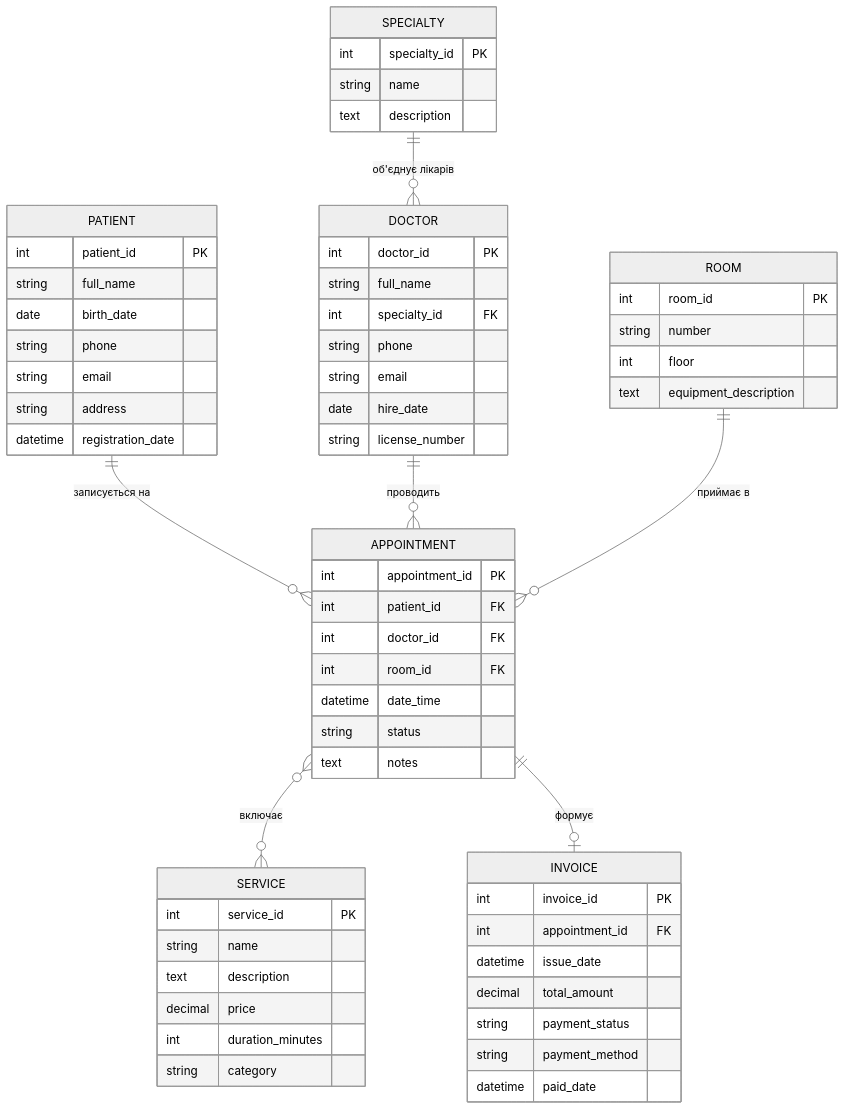
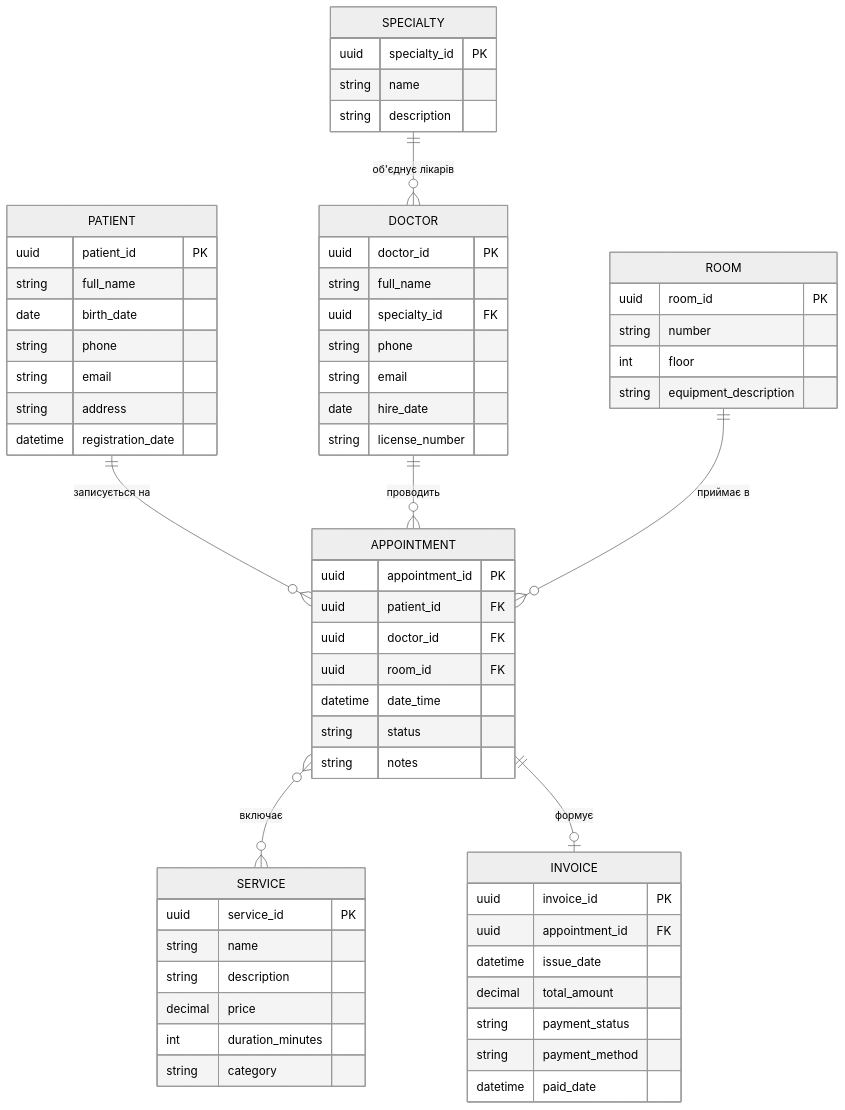
One commit to dvsqwx/KPI changed the diagram in er-diagram.mmd. Above: the diagram before and after it, drawn with Mermaid (neutral theme).

Commit message:
Update ER diagram to use UUIDs for identifiers
Changed primary keys and foreign keys from int to uuid for better uniqueness and scalability.

```diff
--- a/er-diagram.mmd
+++ b/er-diagram.mmd
@@ -1,69 +1,69 @@
 erDiagram
     PATIENT {
-        int patient_id PK
+        uuid patient_id PK
         string full_name
         date birth_date
         string phone
         string email
         string address
         datetime registration_date
     }
 
     DOCTOR {
-        int doctor_id PK
+        uuid doctor_id PK
         string full_name
-        int specialty_id FK
+        uuid specialty_id FK
         string phone
         string email
         date hire_date
         string license_number
     }
 
     SPECIALTY {
-        int specialty_id PK
+        uuid specialty_id PK
         string name
-        text description
+        string description
     }
 
     ROOM {
-        int room_id PK
+        uuid room_id PK
         string number
         int floor
-        text equipment_description
+        string equipment_description
     }
 
     SERVICE {
-        int service_id PK
+        uuid service_id PK
         string name
-        text description
+        string description
         decimal price
         int duration_minutes
         string category
     }
 
     APPOINTMENT {
-        int appointment_id PK
-        int patient_id FK
-        int doctor_id FK
-        int room_id FK
+        uuid appointment_id PK
+        uuid patient_id FK
+        uuid doctor_id FK
+        uuid room_id FK
         datetime date_time
         string status
-        text notes
+        string notes
     }
 
     INVOICE {
-        int invoice_id PK
-        int appointment_id FK
+        uuid invoice_id PK
+        uuid appointment_id FK
         datetime issue_date
         decimal total_amount
         string payment_status
         string payment_method
         datetime paid_date
     }
 
     SPECIALTY ||--o{ DOCTOR      : "об'єднує лікарів"
     PATIENT   ||--o{ APPOINTMENT : "записується на"
     DOCTOR    ||--o{ APPOINTMENT : "проводить"
     ROOM      ||--o{ APPOINTMENT : "приймає в"
     APPOINTMENT }o--o{ SERVICE   : "включає"
     APPOINTMENT ||--o| INVOICE   : "формує"
```
